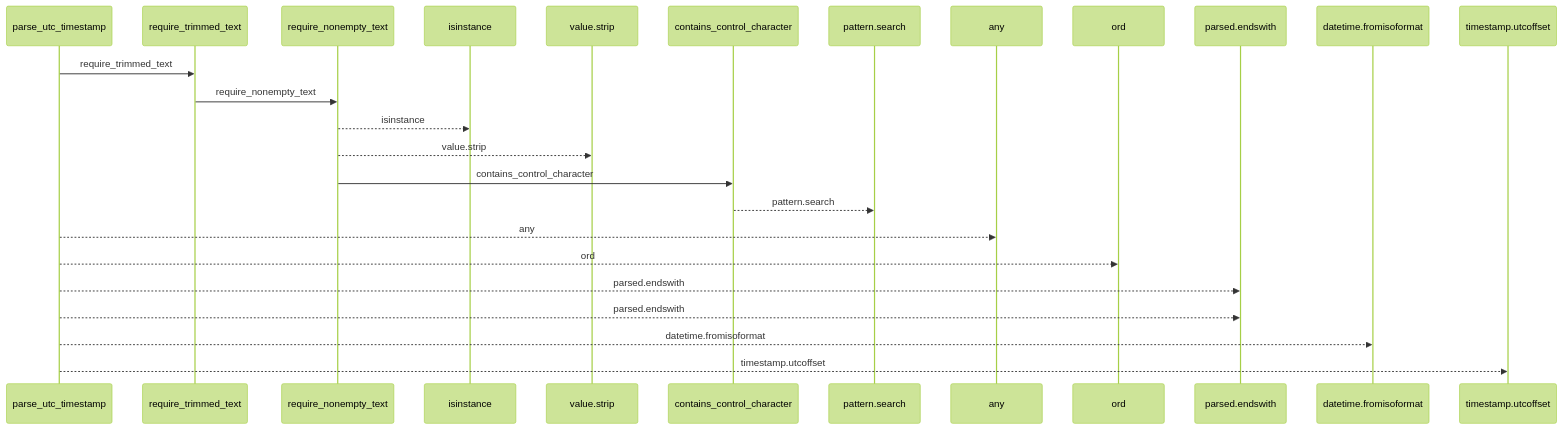
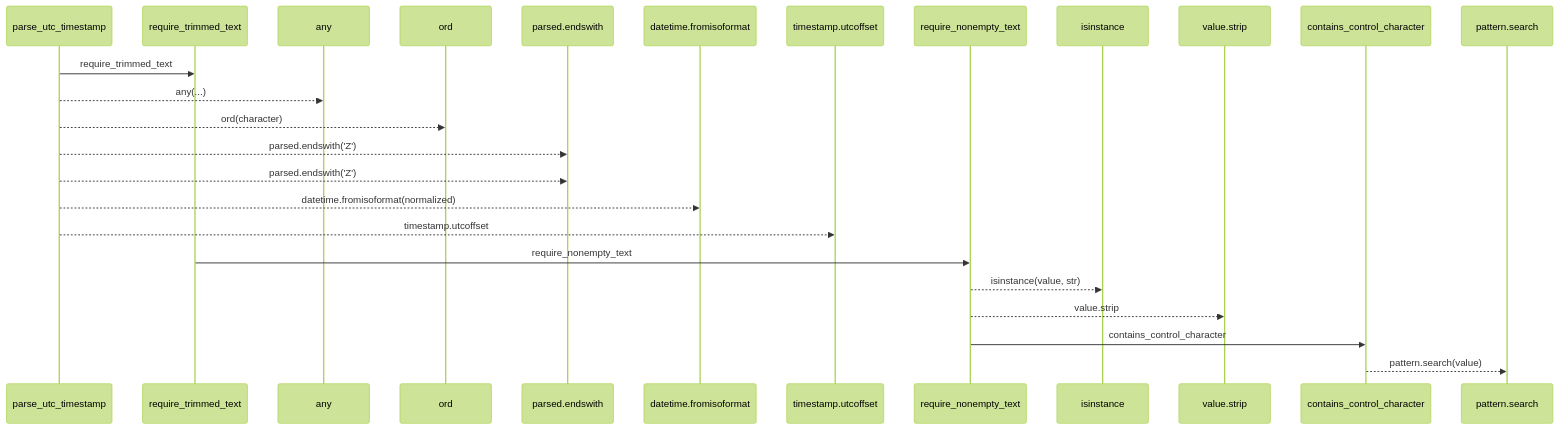
The first of 2 diagrams in docs/llm_wiki/flows/api-parse_utc_timestamp.md (Denissvgn/python-wiki-llm), drawn with Mermaid (forest theme) before and after one commit. The commit also changed other lines of this file and 1410 other files, not shown here.

````diff
--- a/docs/llm_wiki/flows/api-parse_utc_timestamp.md
+++ b/docs/llm_wiki/flows/api-parse_utc_timestamp.md
@@ -10,27 +12,27 @@
 ```mermaid
 sequenceDiagram
     participant p0 as parse_utc_timestamp
     participant p1 as require_trimmed_text
-    participant p2 as require_nonempty_text
-    participant p3 as isinstance
-    participant p4 as value.strip
-    participant p5 as contains_control_character
-    participant p6 as pattern.search
-    participant p7 as any
-    participant p8 as ord
-    participant p9 as parsed.endswith
-    participant p10 as datetime.fromisoformat
-    participant p11 as timestamp.utcoffset
+    participant p2 as any
+    participant p3 as ord
+    participant p4 as parsed.endswith
+    participant p5 as datetime.fromisoformat
+    participant p6 as timestamp.utcoffset
+    participant p7 as require_nonempty_text
+    participant p8 as isinstance
+    participant p9 as value.strip
+    participant p10 as contains_control_character
+    participant p11 as pattern.search
     p0->>p1: require_trimmed_text
-    p1->>p2: require_nonempty_text
-    p2-->>p3: isinstance
-    p2-->>p4: value.strip
-    p2->>p5: contains_control_character
-    p5-->>p6: pattern.search
-    p0-->>p7: any
-    p0-->>p8: ord
-    p0-->>p9: parsed.endswith
-    p0-->>p9: parsed.endswith
-    p0-->>p10: datetime.fromisoformat
-    p0-->>p11: timestamp.utcoffset
+    p0-->>p2: any(...)
+    p0-->>p3: ord(character)
+    p0-->>p4: parsed.endswith('Z')
+    p0-->>p4: parsed.endswith('Z')
+    p0-->>p5: datetime.fromisoformat(normalized)
+    p0-->>p6: timestamp.utcoffset
+    p1->>p7: require_nonempty_text
+    p7-->>p8: isinstance(value, str)
+    p7-->>p9: value.strip
+    p7->>p10: contains_control_character
+    p10-->>p11: pattern.search(value)
 ```
````
